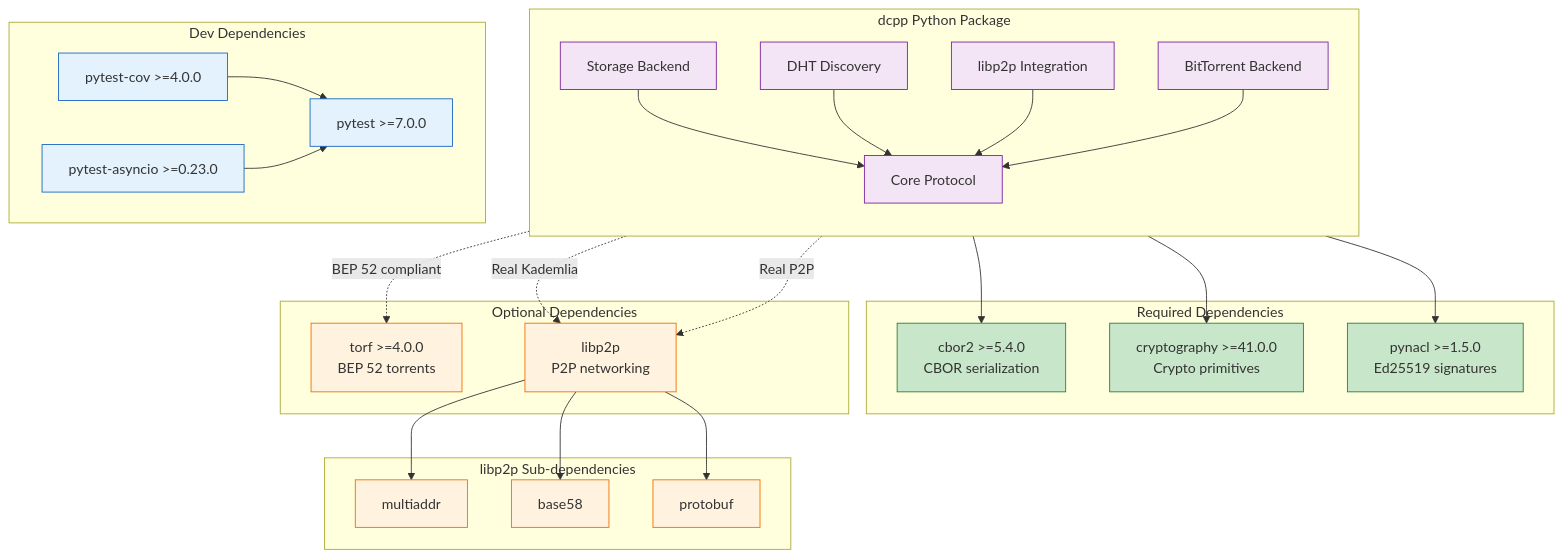
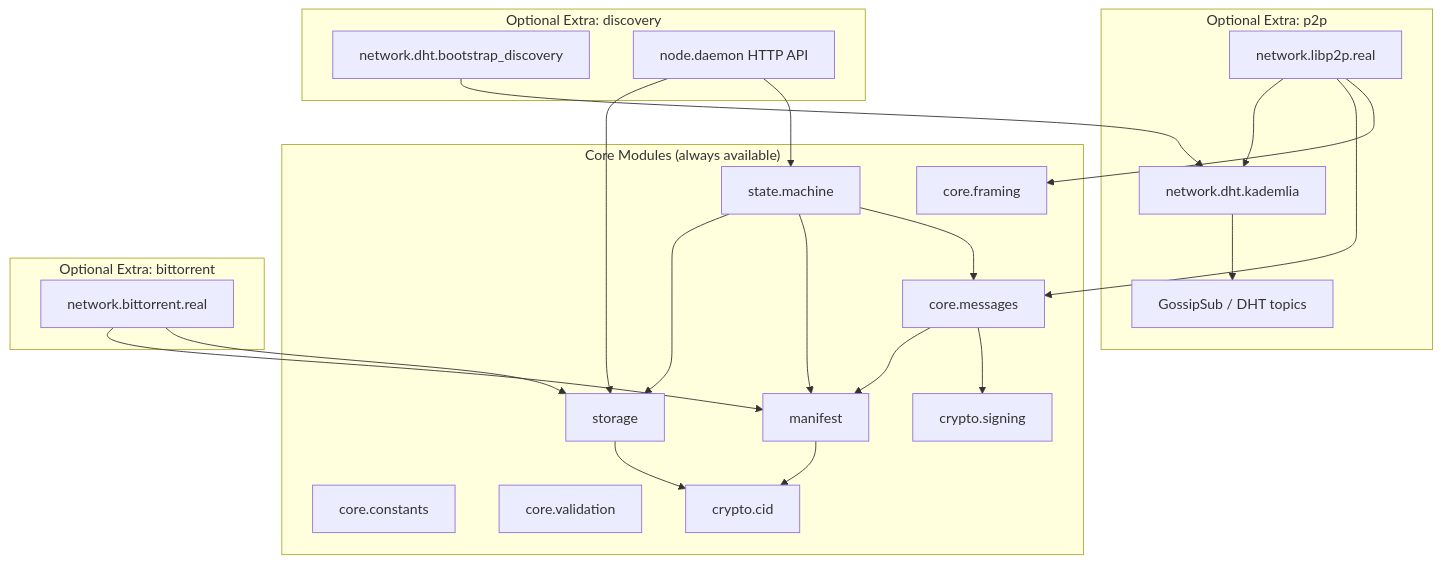
Before and after one commit to meatsquirk/Pypin: the first of 2 diagrams in README.md, drawn with Mermaid. The commit also changed other lines of this file, not shown here.

Commit message:
Refresh README for Python protocol surface

````diff
--- a/README.md
+++ b/README.md
@@ -342,60 +197,49 @@
 ```mermaid
-flowchart TB
-    subgraph DCPP["dcpp Python Package"]
-        direction TB
-        CORE[Core Protocol]
-        STORAGE[Storage Backend]
-        DHT[DHT Discovery]
-        LIBP2P_MOD[libp2p Integration]
-        BT[BitTorrent Backend]
+flowchart TD
+    subgraph Core["Core Modules (always available)"]
+        Constants["core.constants"]
+        Framing["core.framing"]
+        Messages["core.messages"]
+        Validation["core.validation"]
+        Signing["crypto.signing"]
+        CID["crypto.cid"]
+        Manifest["manifest"]
+        Storage["storage"]
+        State["state.machine"]
     end
 
-    subgraph REQUIRED["Required Dependencies"]
-        cbor2["cbor2 >=5.4.0<br/>CBOR serialization"]
-        cryptography["cryptography >=41.0.0<br/>Crypto primitives"]
-        pynacl["pynacl >=1.5.0<br/>Ed25519 signatures"]
+    subgraph Libp2pFeature["Optional Extra: p2p"]
+        Libp2p["network.libp2p.real"]
+        DHT["network.dht.kademlia"]
+        Gossip["GossipSub / DHT topics"]
     end
 
-    subgraph DEV["Dev Dependencies"]
-        pytest["pytest >=7.0.0"]
-        pytest_cov["pytest-cov >=4.0.0"]
-        pytest_asyncio["pytest-asyncio >=0.23.0"]
+    subgraph BitTorrentFeature["Optional Extra: bittorrent"]
+        Torrent["network.bittorrent.real"]
     end
 
-    subgraph OPTIONAL["Optional Dependencies"]
-        torf["torf >=4.0.0<br/>BEP 52 torrents"]
-        libp2p["libp2p<br/>P2P networking"]
+    subgraph DiscoveryFeature["Optional Extra: discovery"]
+        Bootstrap["network.dht.bootstrap_discovery"]
+        HttpAPI["node.daemon HTTP API"]
     end
 
-    subgraph LIBP2P_DEPS["libp2p Sub-dependencies"]
-        multiaddr["multiaddr"]
-        base58["base58"]
-        protobuf["protobuf"]
-    end
+    Messages --> Signing
+    Messages --> Manifest
+    Manifest --> CID
+    Storage --> CID
+    State --> Messages
+    State --> Manifest
+    State --> Storage
 
-    CORE --> cbor2
-    CORE --> cryptography
-    CORE --> pynacl
-    STORAGE --> CORE
-    DHT --> CORE
-    DHT -.->|"Real Kademlia"| libp2p
-    LIBP2P_MOD --> CORE
-    LIBP2P_MOD -.->|"Real P2P"| libp2p
-    BT --> CORE
-    BT -.->|"BEP 52 compliant"| torf
-    libp2p --> multiaddr
-    libp2p --> base58
-    libp2p --> protobuf
-    pytest_cov --> pytest
-    pytest_asyncio --> pytest
+    Libp2p --> Framing
+    Libp2p --> Messages
+    Libp2p --> DHT
+    DHT --> Gossip
 
-    classDef required fill:#c8e6c9,stroke:#2e7d32
-    classDef optional fill:#fff3e0,stroke:#ef6c00
-    classDef dev fill:#e3f2fd,stroke:#1565c0
-    classDef module fill:#f3e5f5,stroke:#7b1fa2
+    Torrent --> Storage
+    Torrent --> Manifest
 
-    class cbor2,cryptography,pynacl required
-    class torf,libp2p,multiaddr,base58,protobuf optional
-    class pytest,pytest_cov,pytest_asyncio dev
-    class CORE,STORAGE,DHT,LIBP2P_MOD,BT module
+    Bootstrap --> DHT
+    HttpAPI --> State
+    HttpAPI --> Storage
 ```
````
